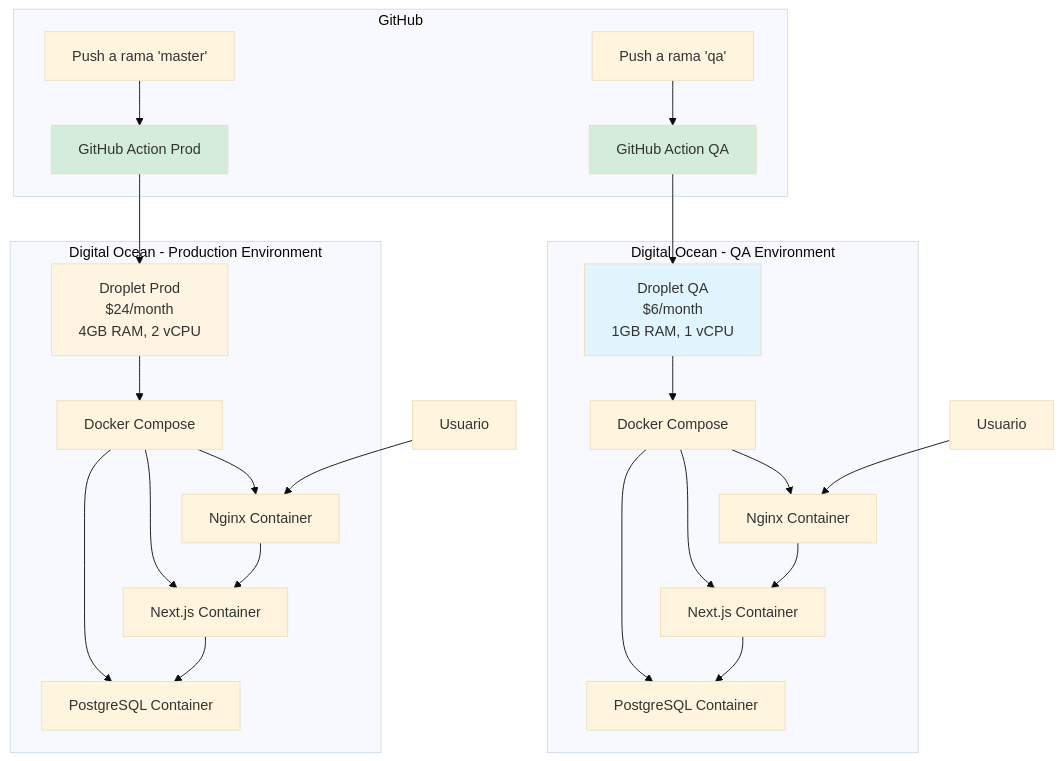
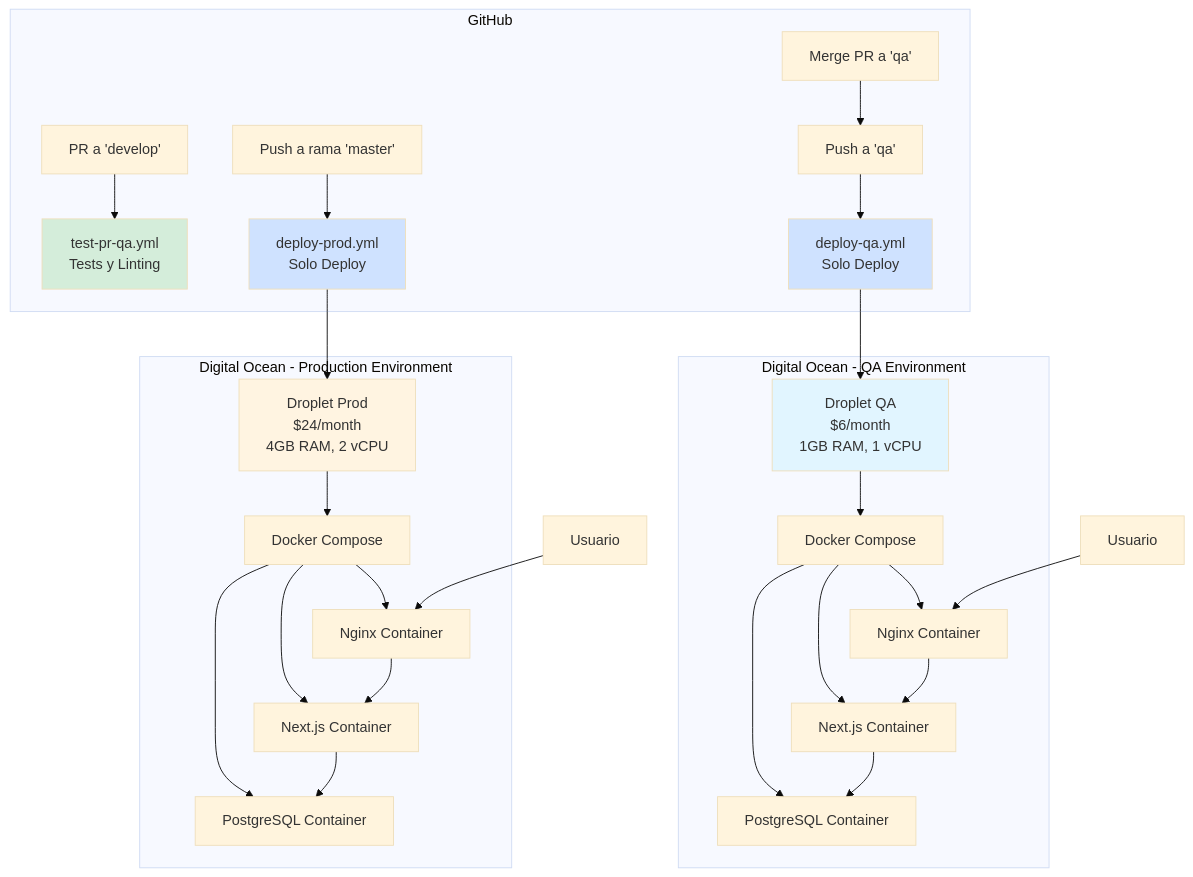
One commit to financieramentecu/financieramente-app changed the third of 3 diagrams in docs/INFRASTRUCTURE.md. Above: the diagram before and after it, drawn with Mermaid (base theme). The commit also changed other lines of this file and 10 other files, not shown here.

````diff
--- a/docs/INFRASTRUCTURE.md
+++ b/docs/INFRASTRUCTURE.md
@@ -96,36 +96,39 @@
 ```mermaid
 graph TB
     subgraph GitHub
-        A[Push a rama 'qa'] --> B[GitHub Action QA]
-        C[Push a rama 'master'] --> D[GitHub Action Prod]
+        A1[PR a 'develop'] --> B1[test-pr-qa.yml<br/>Tests y Linting]
+        A2[Merge PR a 'qa'] --> A3[Push a 'qa']
+        A3 --> B2[deploy-qa.yml<br/>Solo Deploy]
+        C[Push a rama 'master'] --> D[deploy-prod.yml<br/>Solo Deploy]
     end
     
     subgraph "Digital Ocean - QA Environment"
-        B --> E[Droplet QA<br/>$6/month<br/>1GB RAM, 1 vCPU]
+        B2 --> E[Droplet QA<br/>$6/month<br/>1GB RAM, 1 vCPU]
         E --> F[Docker Compose]
         F --> G[PostgreSQL Container]
         F --> H[Next.js Container]
         F --> I[Nginx Container]
     end
     
     subgraph "Digital Ocean - Production Environment"
         D --> J[Droplet Prod<br/>$24/month<br/>4GB RAM, 2 vCPU]
         J --> K[Docker Compose]
         K --> L[PostgreSQL Container]
         K --> M[Next.js Container]
         K --> N[Nginx Container]
     end
     
     O[Usuario] --> I
     P[Usuario] --> N
     
     I --> H
     N --> M
     H --> G
     M --> L
     
     style E fill:#e1f5ff
     style J fill:#fff4e1
-    style B fill:#d4edda
-    style D fill:#d4edda
+    style B1 fill:#d4edda
+    style B2 fill:#cfe2ff
+    style D fill:#cfe2ff
 ```
````
